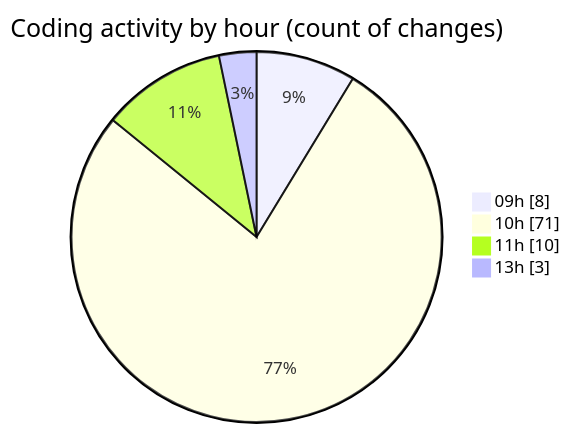
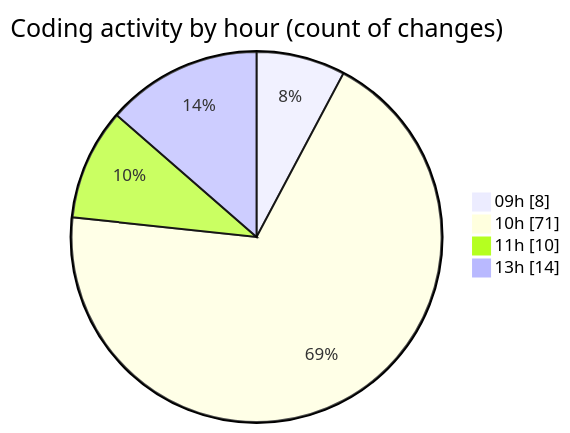
One commit to CELIANVF/code-tracking changed the second of 2 diagrams in 2025-06-03/ecodeli-1/README.md. Above: the diagram before and after it, drawn with Mermaid. The commit also changed other lines of this file and 1 other file, not shown here.

````diff
--- a/2025-06-03/ecodeli-1/README.md
+++ b/2025-06-03/ecodeli-1/README.md
@@ -65,8 +69,8 @@
 ```mermaid
 pie showData
 title Coding activity by hour (count of changes)
 "09h" : 8
 "10h" : 71
 "11h" : 10
-"13h" : 3
+"13h" : 14
 ```
````
